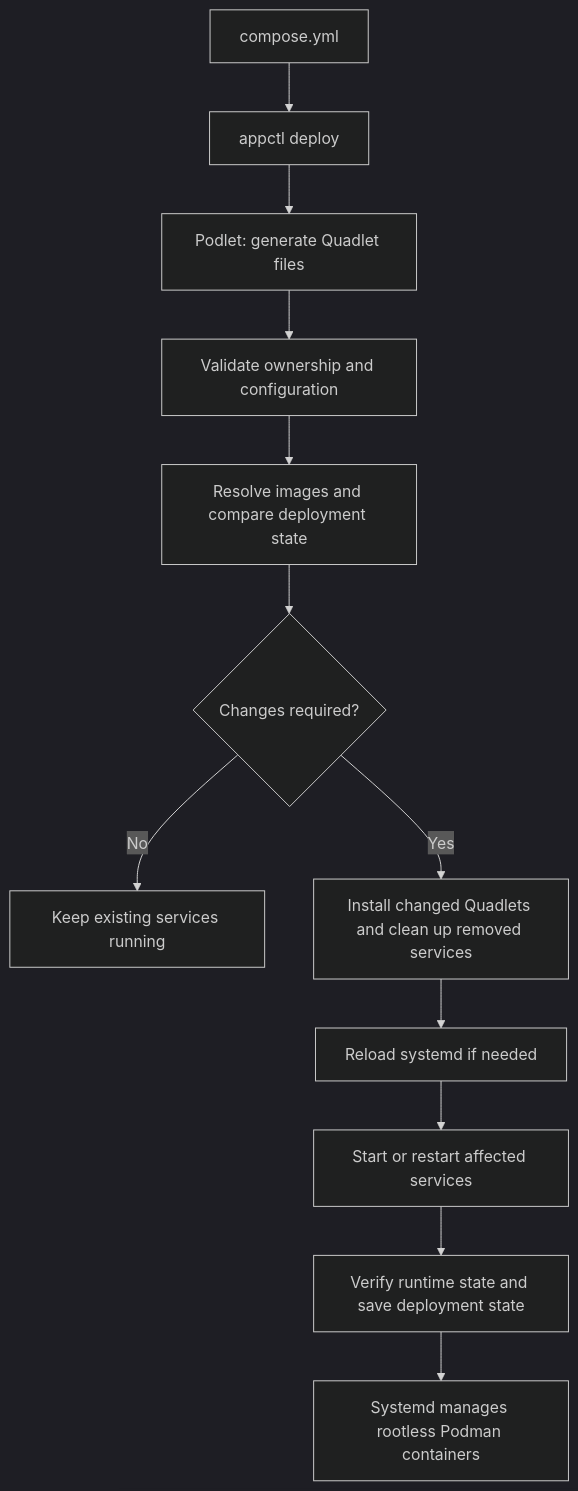
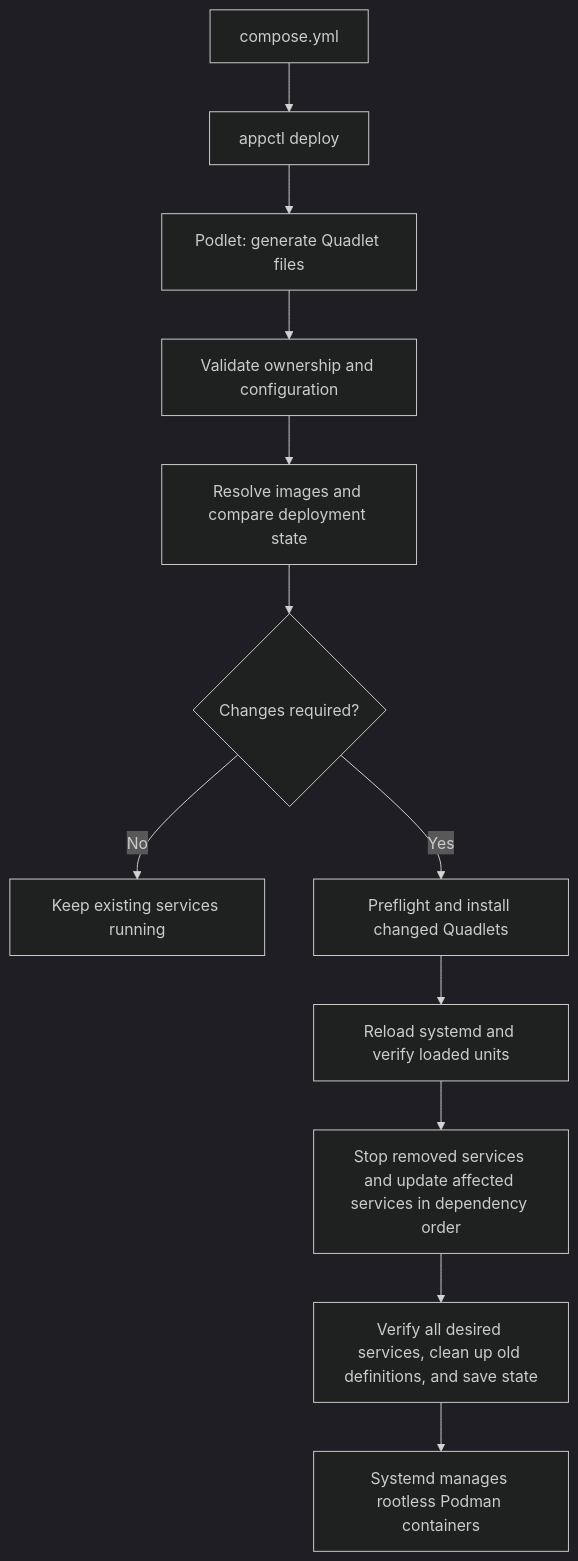
The diagram in README.md (caitunai/podman-appctl), drawn with Mermaid (dark theme) before and after one commit. The commit also changed other lines of this file and 2 other files, not shown here.

Commit message:
Harden Quadlet deployment and volume ownership

````diff
--- a/README.md
+++ b/README.md
@@ -29,14 +29,14 @@
 ```mermaid
 flowchart TD
     A[compose.yml] --> B[appctl deploy]
     B --> C[Podlet: generate Quadlet files]
     C --> D[Validate ownership and configuration]
     D --> E[Resolve images and compare deployment state]
     E --> F{Changes required?}
     F -->|No| G[Keep existing services running]
-    F -->|Yes| H[Install changed Quadlets and clean up removed services]
-    H --> I[Reload systemd if needed]
-    I --> J[Start or restart affected services]
-    J --> K[Verify runtime state and save deployment state]
+    F -->|Yes| H[Preflight and install changed Quadlets]
+    H --> I[Reload systemd and verify loaded units]
+    I --> J[Stop removed services and update affected services in dependency order]
+    J --> K[Verify all desired services, clean up old definitions, and save state]
     K --> L[Systemd manages rootless Podman containers]
 ```
````
